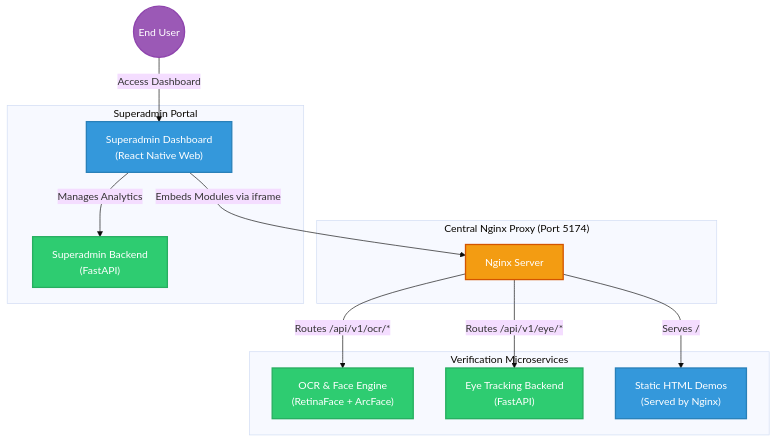
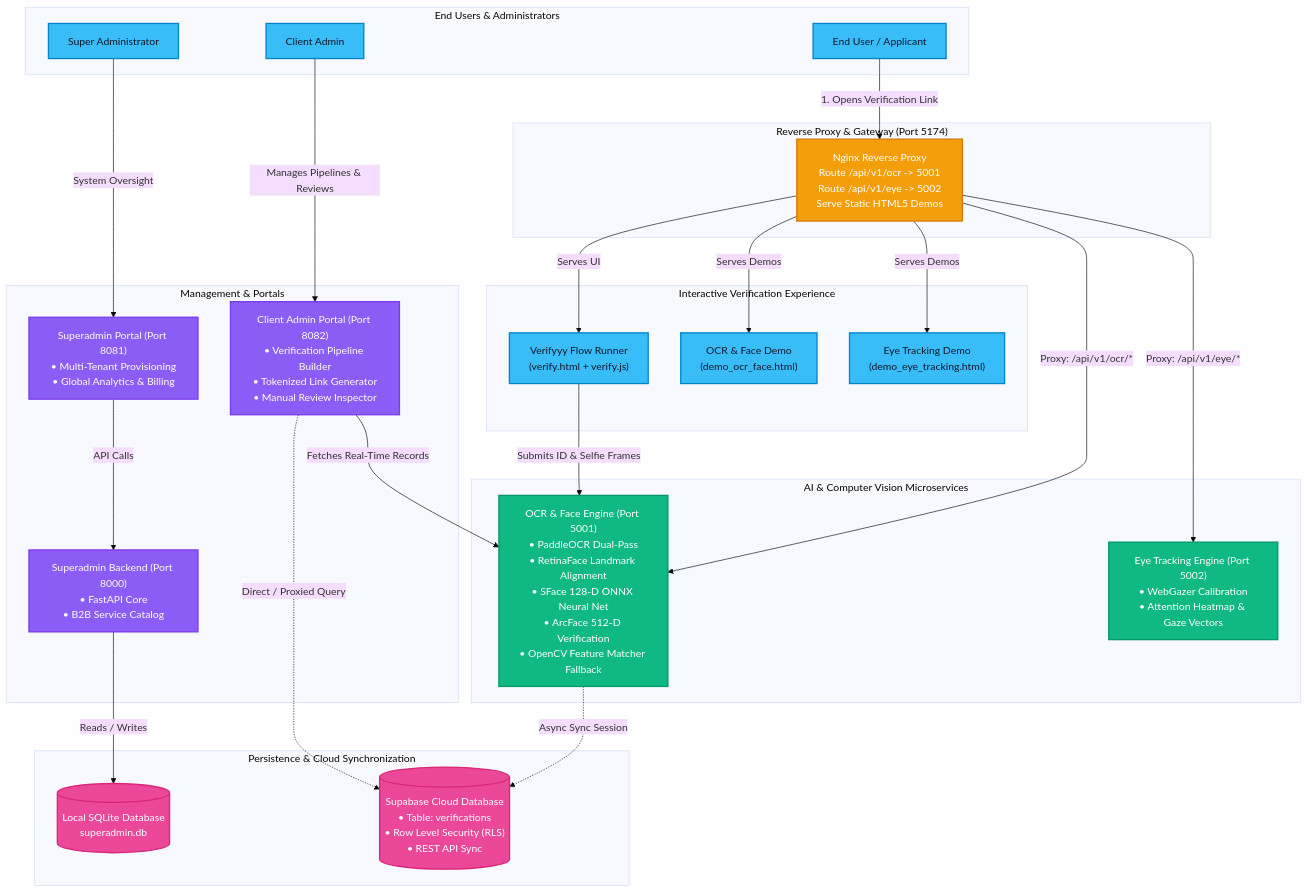
One commit to Saravanan2005real/identity-verify-mvp changed the first of 2 diagrams in README.md. Above: the diagram before and after it, drawn with Mermaid (base theme). The commit also changed other lines of this file and 19 other files, not shown here.

Commit message:
feat(ekyc): add SFace ONNX face verification, Supabase sync, Pipeline Runner, and updated architecture documentation

````diff
--- a/README.md
+++ b/README.md
@@ -18,33 +68,62 @@
 ```mermaid
-graph TD
-    classDef frontend fill:#3498db,stroke:#2980b9,stroke-width:2px,color:#fff
-    classDef backend fill:#2ecc71,stroke:#27ae60,stroke-width:2px,color:#fff
-    classDef proxy fill:#f39c12,stroke:#d35400,stroke-width:2px,color:#fff
-    classDef user fill:#9b59b6,stroke:#8e44ad,stroke-width:2px,color:#fff
+graph TB
+    classDef client fill:#38bdf8,stroke:#0284c7,stroke-width:2px,color:#0f172a
+    classDef gateway fill:#f59e0b,stroke:#d97706,stroke-width:2px,color:#ffffff
+    classDef ai fill:#10b981,stroke:#059669,stroke-width:2px,color:#ffffff
+    classDef app fill:#8b5cf6,stroke:#7c3aed,stroke-width:2px,color:#ffffff
+    classDef data fill:#ec4899,stroke:#db2777,stroke-width:2px,color:#ffffff
 
-    User(("End User")):::user
-    
-    subgraph ReverseProxy ["Central Nginx Proxy (Port 5174)"]
-        Nginx["Nginx Server"]:::proxy
+    subgraph Users ["End Users & Administrators"]
+        Applicant["End User / Applicant"]:::client
+        TenantAdmin["Client Admin"]:::client
+        SuperAdmin["Super Administrator"]:::client
     end
 
-    subgraph Products ["Verification Microservices"]
-        OCR["OCR & Face Engine<br/>(RetinaFace + ArcFace)"]:::backend
-        EyeTrack["Eye Tracking Backend<br/>(FastAPI)"]:::backend
-        StaticDemos["Static HTML Demos<br/>(Served by Nginx)"]:::frontend
+    subgraph GatewayLayer ["Reverse Proxy & Gateway (Port 5174)"]
+        Nginx["Nginx Reverse Proxy<br/>Route /api/v1/ocr -> 5001<br/>Route /api/v1/eye -> 5002<br/>Serve Static HTML5 Demos"]:::gateway
     end
 
-    subgraph SuperAdmin_Portal ["Superadmin Portal"]
-        SuperAdminFE["Superadmin Dashboard<br/>(React Native Web)"]:::frontend
-        SuperAdminBE["Superadmin Backend<br/>(FastAPI)"]:::backend
+    subgraph VerificationRunner ["Interactive Verification Experience"]
+        FlowRunner["Verifyyy Flow Runner<br/>(verify.html + verify.js)"]:::client
+        OCRDemo["OCR & Face Demo<br/>(demo_ocr_face.html)"]:::client
+        EyeDemo["Eye Tracking Demo<br/>(demo_eye_tracking.html)"]:::client
     end
 
-    User -->|"Access Dashboard"| SuperAdminFE
-    SuperAdminFE -->|"Embeds Modules via iframe"| Nginx
-    
-    Nginx -->|"Serves /"| StaticDemos
-    Nginx -->|"Routes /api/v1/ocr/*"| OCR
-    Nginx -->|"Routes /api/v1/eye/*"| EyeTrack
-    
-    SuperAdminFE -->|"Manages Analytics"| SuperAdminBE
+    subgraph AIServices ["AI & Computer Vision Microservices"]
+        OCRService["OCR & Face Engine (Port 5001)<br/>• PaddleOCR Dual-Pass<br/>• RetinaFace Landmark Alignment<br/>• SFace 128-D ONNX Neural Net<br/>• ArcFace 512-D Verification<br/>• OpenCV Feature Matcher Fallback"]:::ai
+        EyeService["Eye Tracking Engine (Port 5002)<br/>• WebGazer Calibration<br/>• Attention Heatmap & Gaze Vectors"]:::ai
+    end
+
+    subgraph AdminApplications ["Management & Portals"]
+        AdminFE["Client Admin Portal (Port 8082)<br/>• Verification Pipeline Builder<br/>• Tokenized Link Generator<br/>• Manual Review Inspector"]:::app
+        SuperAdminFE["Superadmin Portal (Port 8081)<br/>• Multi-Tenant Provisioning<br/>• Global Analytics & Billing"]:::app
+        SuperAdminBE["Superadmin Backend (Port 8000)<br/>• FastAPI Core<br/>• B2B Service Catalog"]:::app
+    end
+
+    subgraph StorageLayer ["Persistence & Cloud Synchronization"]
+        LocalDB[("Local SQLite Database<br/>superadmin.db")]:::data
+        SupabaseDB[("Supabase Cloud Database<br/>• Table: verifications<br/>• Row Level Security (RLS)<br/>• REST API Sync")]:::data
+    end
+
+    %% User Interactions
+    Applicant -->|"1. Opens Verification Link"| Nginx
+    TenantAdmin -->|"Manages Pipelines & Reviews"| AdminFE
+    SuperAdmin -->|"System Oversight"| SuperAdminFE
+
+    %% Gateway Routing
+    Nginx -->|"Serves UI"| FlowRunner
+    Nginx -->|"Serves Demos"| OCRDemo
+    Nginx -->|"Serves Demos"| EyeDemo
+    Nginx -->|"Proxy: /api/v1/ocr/*"| OCRService
+    Nginx -->|"Proxy: /api/v1/eye/*"| EyeService
+
+    %% Applications
+    FlowRunner -->|"Submits ID & Selfie Frames"| OCRService
+    AdminFE -->|"Fetches Real-Time Records"| OCRService
+    SuperAdminFE -->|"API Calls"| SuperAdminBE
+    SuperAdminBE -->|"Reads / Writes"| LocalDB
+
+    %% Cloud Sync
+    OCRService -.->|"Async Sync Session"| SupabaseDB
+    AdminFE -.->|"Direct / Proxied Query"| SupabaseDB
 ```
````
